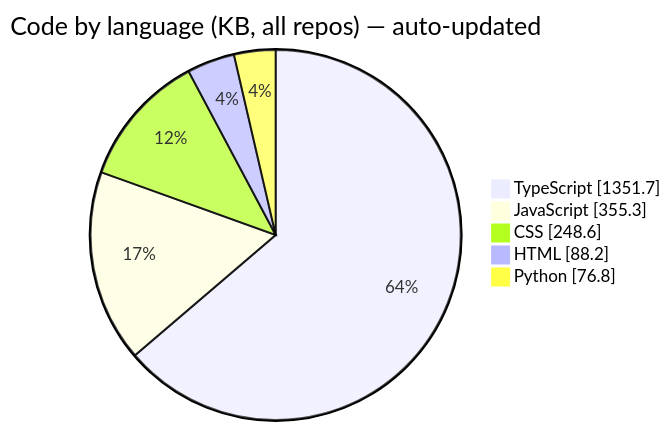
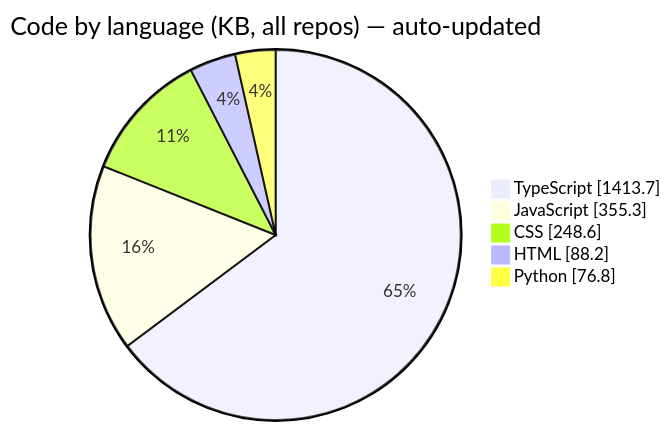
One commit to Manashjyoti-Bora/Manashjyoti-Bora changed the third of 6 diagrams in README.md. Above: the diagram before and after it, drawn with Mermaid. The commit also changed other lines of this file and 2 other files, not shown here.

````diff
--- a/README.md
+++ b/README.md
@@ -196,9 +196,9 @@
 ```mermaid
 pie showData
     title Code by language (KB, all repos) — auto-updated
-    "TypeScript" : 1351.7
+    "TypeScript" : 1413.7
     "JavaScript" : 355.3
     "CSS" : 248.6
     "HTML" : 88.2
     "Python" : 76.8
 ```
````
